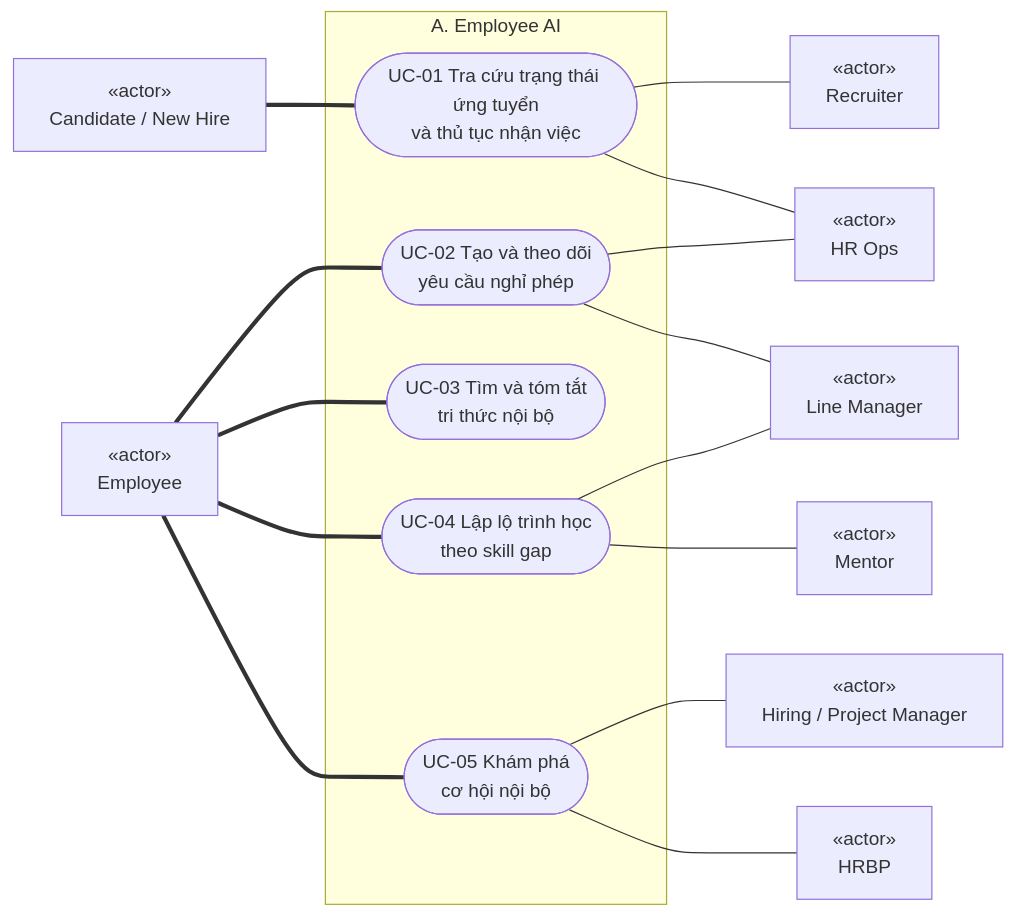
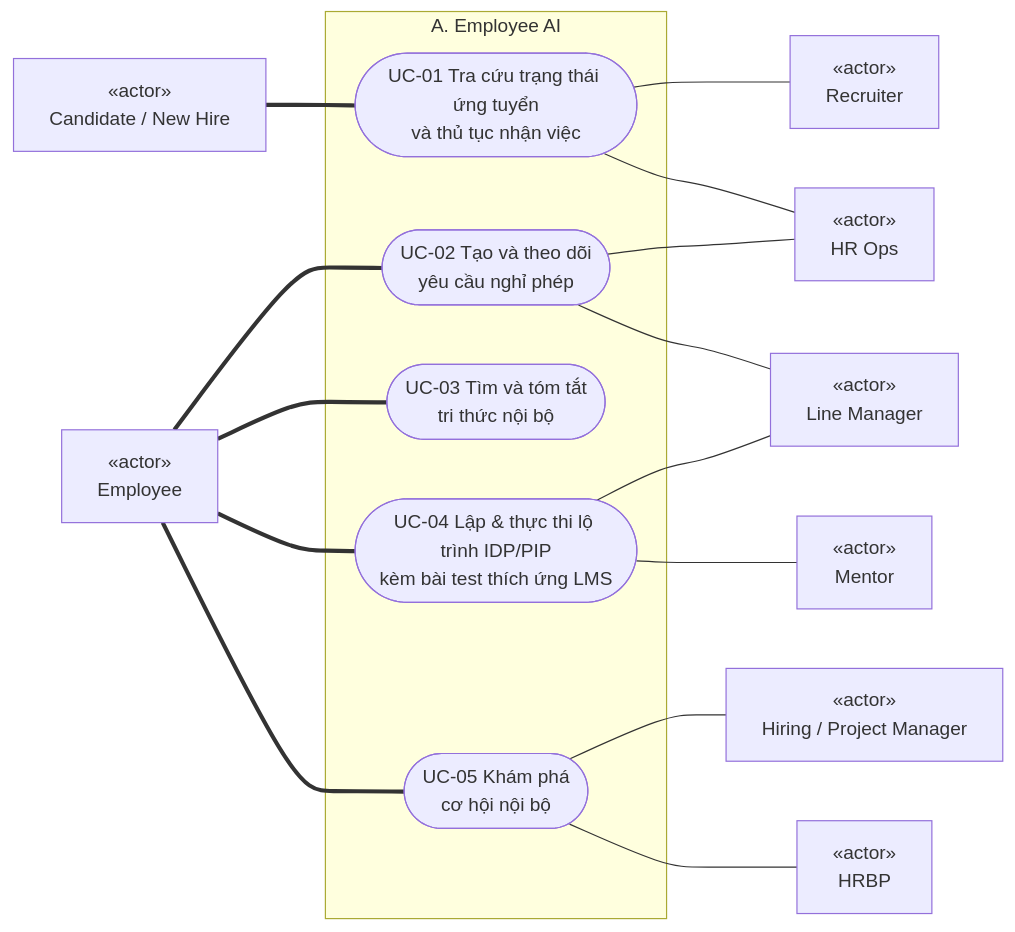
One commit to pbaodev/hrm-fuji changed the second of 5 diagrams in docs/03-use-cases/UC_02_Diagrams.md. Above: the diagram before and after it, drawn with Mermaid. The commit also changed other lines of this file and 10 other files, not shown here.

````diff
--- a/docs/03-use-cases/UC_02_Diagrams.md
+++ b/docs/03-use-cases/UC_02_Diagrams.md
@@ -80,35 +80,35 @@
 ```mermaid
 flowchart LR
     CAND["«actor»<br/>Candidate / New Hire"]
     EMP["«actor»<br/>Employee"]
 
     subgraph GA["A. Employee AI"]
         UC01(["UC-01 Tra cứu trạng thái ứng tuyển<br/>và thủ tục nhận việc"])
         UC02(["UC-02 Tạo và theo dõi<br/>yêu cầu nghỉ phép"])
         UC03(["UC-03 Tìm và tóm tắt<br/>tri thức nội bộ"])
-        UC04(["UC-04 Lập lộ trình học<br/>theo skill gap"])
+        UC04(["UC-04 Lập & thực thi lộ trình IDP/PIP<br/>kèm bài test thích ứng LMS"])
         UC05(["UC-05 Khám phá<br/>cơ hội nội bộ"])
     end
 
     REC["«actor»<br/>Recruiter"]
     OPS["«actor»<br/>HR Ops"]
     LM["«actor»<br/>Line Manager"]
     MEN["«actor»<br/>Mentor"]
     HM["«actor»<br/>Hiring / Project Manager"]
     HRBP["«actor»<br/>HRBP"]
 
     CAND === UC01
     EMP === UC02
     EMP === UC03
     EMP === UC04
     EMP === UC05
 
     UC01 --- REC
     UC01 --- OPS
     UC02 --- OPS
     UC02 --- LM
     UC04 --- LM
     UC04 --- MEN
     UC05 --- HM
     UC05 --- HRBP
 ```
````
